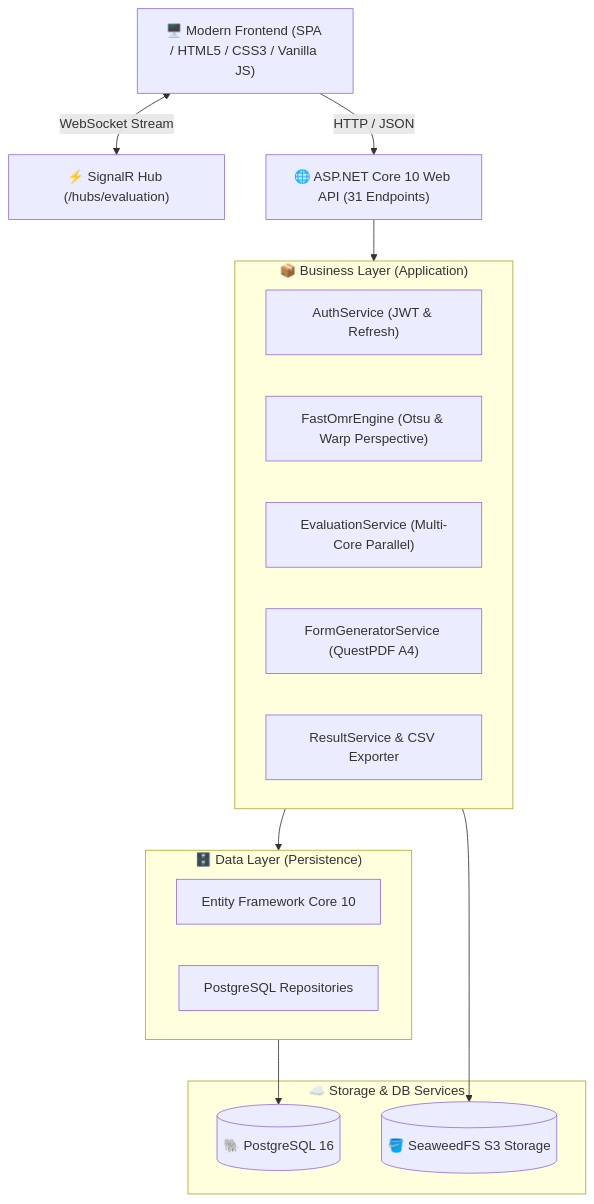
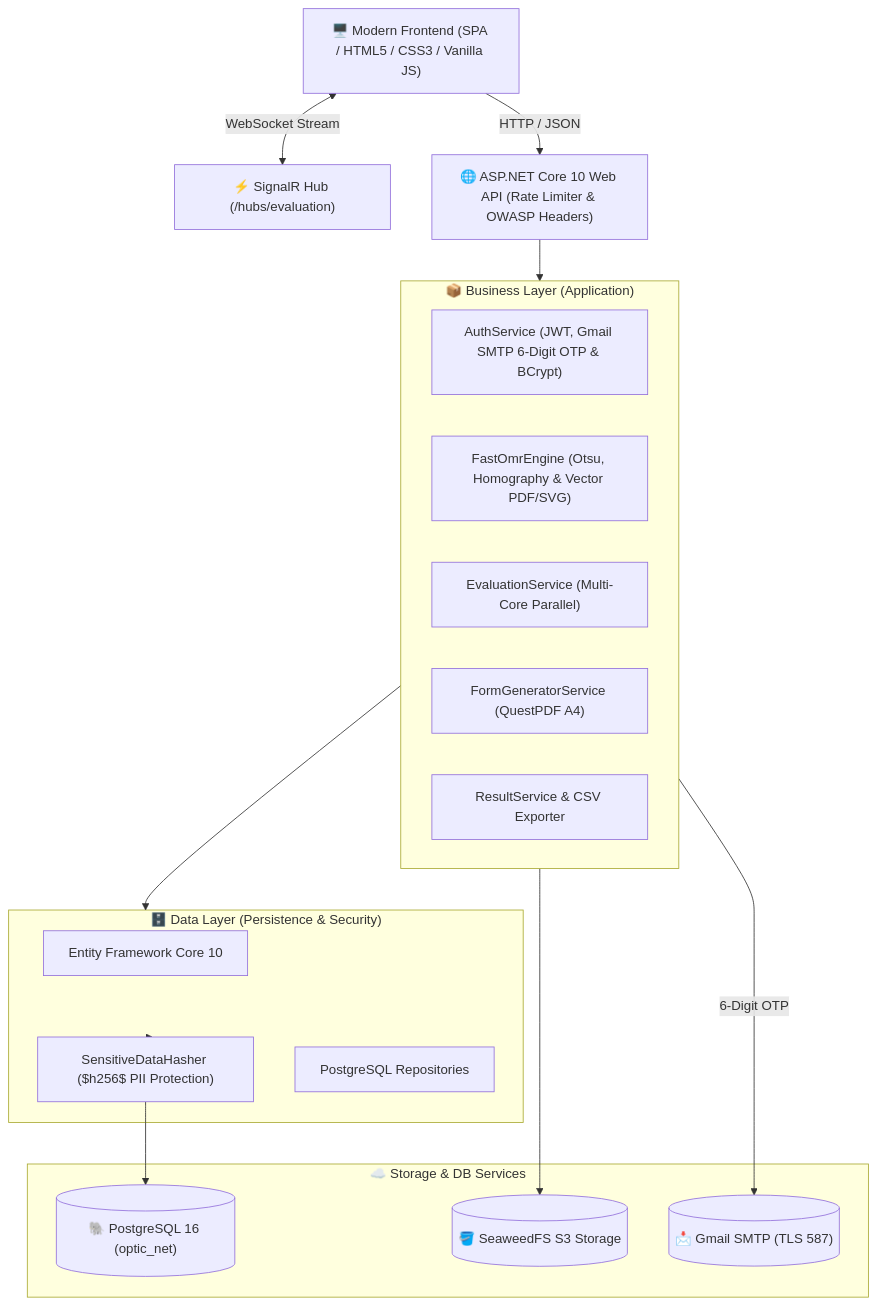
One commit to EfeArdaKaplan/OpticFormReader changed the diagram in README.md. Above: the diagram before and after it, drawn with Mermaid. The commit also changed other lines of this file, not shown here.

Commit message:
docs(readme): update README with 6-digit SMTP OTP, PII $ hashing, and 20/20 unit tests

````diff
--- a/README.md
+++ b/README.md
@@ -65,31 +72,35 @@
 ```mermaid
 graph TD
     Client["🖥️ Modern Frontend (SPA / HTML5 / CSS3 / Vanilla JS)"]
     SignalR["⚡ SignalR Hub (/hubs/evaluation)"]
-    API["🌐 ASP.NET Core 10 Web API (31 Endpoints)"]
+    API["🌐 ASP.NET Core 10 Web API (Rate Limiter & OWASP Headers)"]
     
     subgraph Business ["📦 Business Layer (Application)"]
-        AuthSvc["AuthService (JWT & Refresh)"]
-        OmrEngine["FastOmrEngine (Otsu & Warp Perspective)"]
+        AuthSvc["AuthService (JWT, Gmail SMTP 6-Digit OTP & BCrypt)"]
+        OmrEngine["FastOmrEngine (Otsu, Homography & Vector PDF/SVG)"]
         EvalSvc["EvaluationService (Multi-Core Parallel)"]
         PdfSvc["FormGeneratorService (QuestPDF A4)"]
         ResSvc["ResultService & CSV Exporter"]
     end
     
-    subgraph Data ["🗄️ Data Layer (Persistence)"]
+    subgraph Data ["🗄️ Data Layer (Persistence & Security)"]
         EF["Entity Framework Core 10"]
+        Hasher["SensitiveDataHasher ($h256$ PII Protection)"]
         PgRepo["PostgreSQL Repositories"]
     end
 
     subgraph Infrastructure ["☁️ Storage & DB Services"]
-        Postgres[("🐘 PostgreSQL 16")]
+        Postgres[("🐘 PostgreSQL 16 (optic_net)")]
         SeaweedFS[("🪣 SeaweedFS S3 Storage")]
+        GmailSmtp[("📩 Gmail SMTP (TLS 587)")]
     end
 
     Client -->|HTTP / JSON| API
     Client <-->|WebSocket Stream| SignalR
     API --> Business
     Business --> Data
-    Data --> Postgres
+    Business -->|6-Digit OTP| GmailSmtp
+    Data --> Hasher
+    Hasher --> Postgres
     Business --> SeaweedFS
 ```
````
